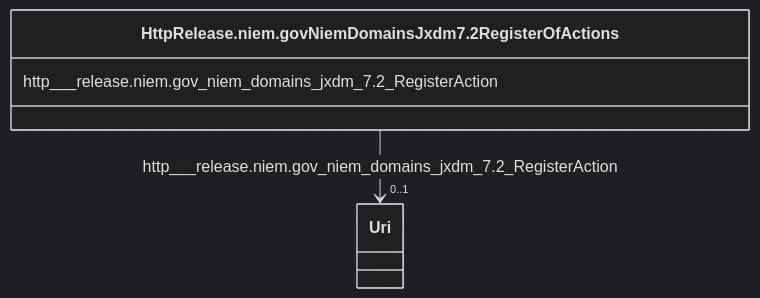
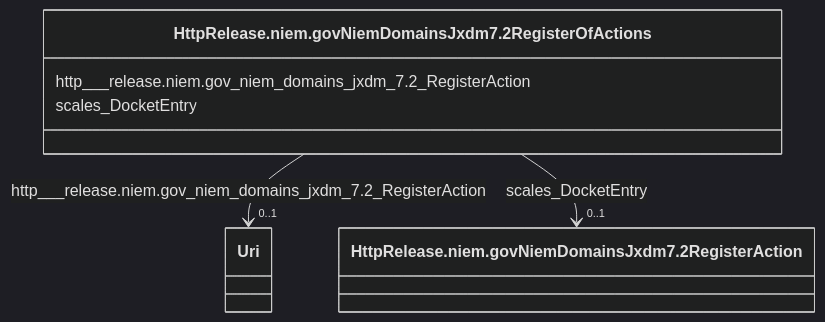
The diagram in scales-kg/classes/HttpRelease.niem.govNiemDomainsJxdm7.2RegisterOfActions.md (frink-okn/graph-descriptions), drawn with Mermaid (dark theme) before and after one commit. The commit also changed other lines of this file and 275 other files, not shown here.

````diff
--- a/scales-kg/classes/HttpRelease.niem.govNiemDomainsJxdm7.2RegisterOfActions.md
+++ b/scales-kg/classes/HttpRelease.niem.govNiemDomainsJxdm7.2RegisterOfActions.md
@@ -23,15 +23,24 @@
 ```mermaid
  classDiagram
     class HttpRelease.niem.govNiemDomainsJxdm7.2RegisterOfActions
     click HttpRelease.niem.govNiemDomainsJxdm7.2RegisterOfActions href "../HttpRelease.niem.govNiemDomainsJxdm7.2RegisterOfActions"
       HttpRelease.niem.govNiemDomainsJxdm7.2RegisterOfActions : http___release.niem.gov_niem_domains_jxdm_7.2_RegisterAction
         
           
     
     
     HttpRelease.niem.govNiemDomainsJxdm7.2RegisterOfActions --> "0..1" Uri : http___release.niem.gov_niem_domains_jxdm_7.2_RegisterAction
     click Uri href "../Uri"
 
         
+      HttpRelease.niem.govNiemDomainsJxdm7.2RegisterOfActions : scales_DocketEntry
+        
+          
+    
+    
+    HttpRelease.niem.govNiemDomainsJxdm7.2RegisterOfActions --> "0..1" HttpRelease.niem.govNiemDomainsJxdm7.2RegisterAction : scales_DocketEntry
+    click HttpRelease.niem.govNiemDomainsJxdm7.2RegisterAction href "../HttpRelease.niem.govNiemDomainsJxdm7.2RegisterAction"
+
+        
       
 ```
````
